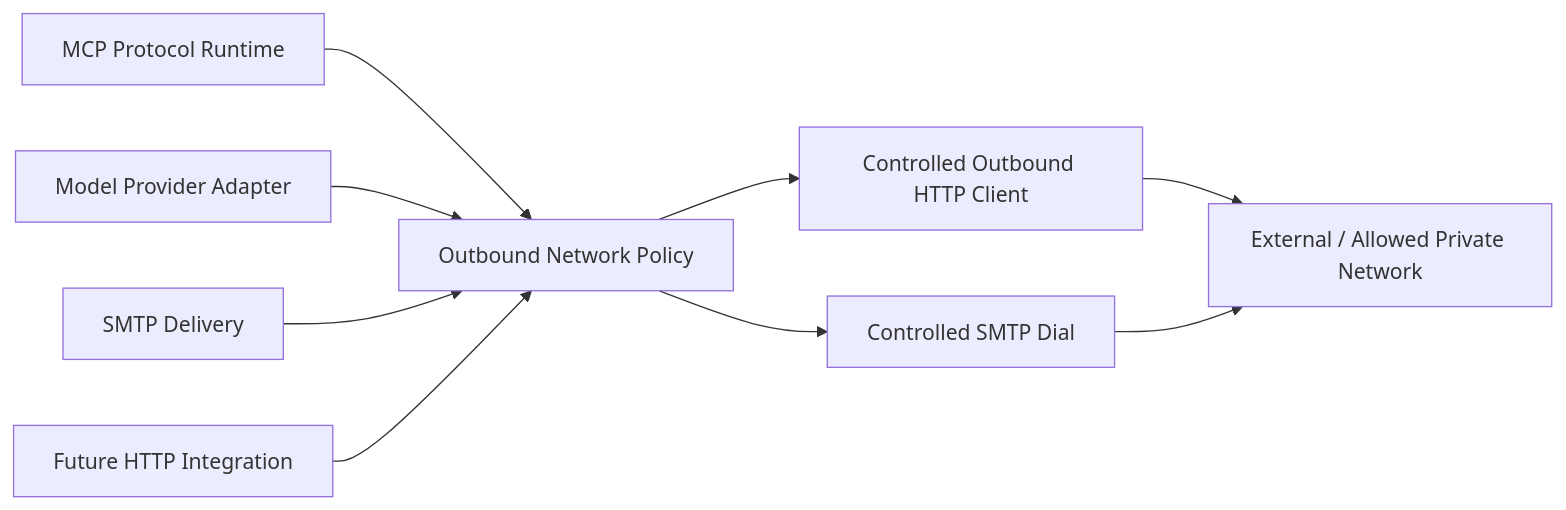
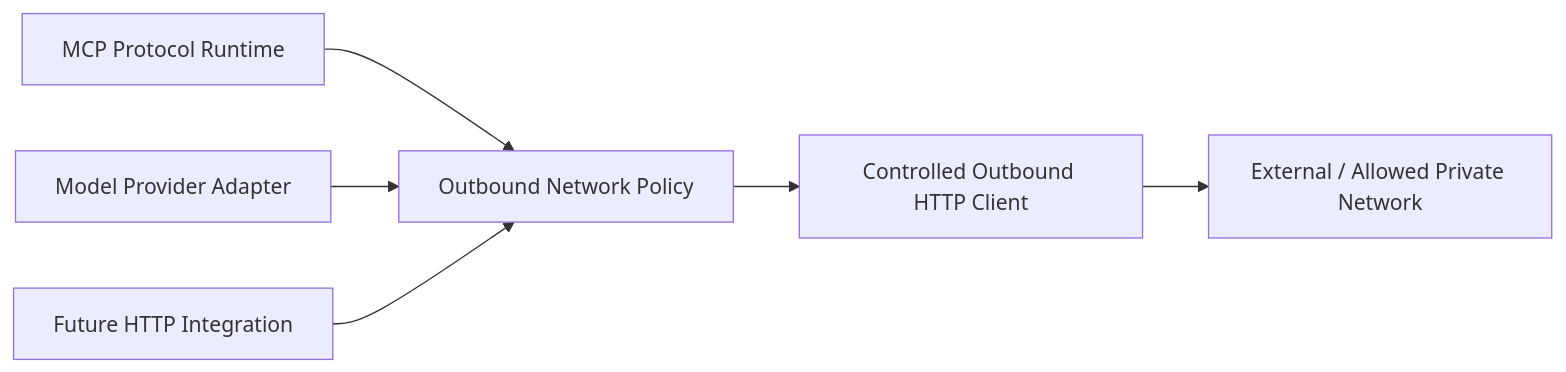
Before and after one commit to LunaDeerTech/agenteam: the diagram in docs/architecture/platform-infrastructure/outbound-network-policy.md, drawn with Mermaid. The commit also changed other lines of this file and 9 other files, not shown here.

```diff
--- a/docs/architecture/platform-infrastructure/outbound-network-policy.md
+++ b/docs/architecture/platform-infrastructure/outbound-network-policy.md
@@ -34,22 +33,17 @@
 ~~~mermaid
 flowchart LR
     MCP["MCP Protocol Runtime"]
     Model["Model Provider Adapter"]
-    SMTP["SMTP Delivery"]
     Future["Future HTTP Integration"]
 
     Policy["Outbound Network Policy"]
     Client["Controlled Outbound HTTP Client"]
-    MailDial["Controlled SMTP Dial"]
     Network["External / Allowed Private Network"]
 
     MCP --> Policy
     Model --> Policy
-    SMTP --> Policy
     Future --> Policy
 
     Policy --> Client
     Client --> Network
-    Policy --> MailDial
-    MailDial --> Network
 ~~~
```
